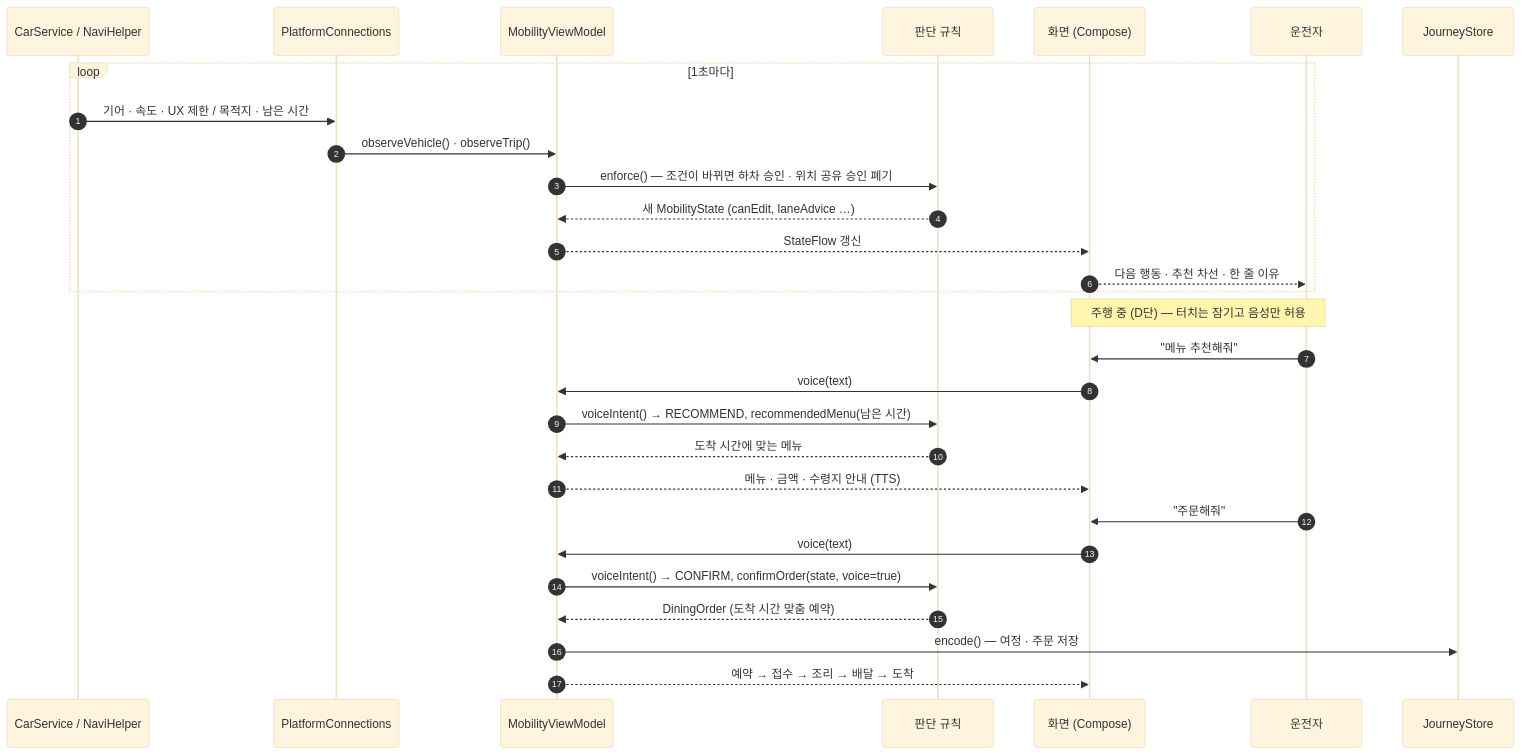
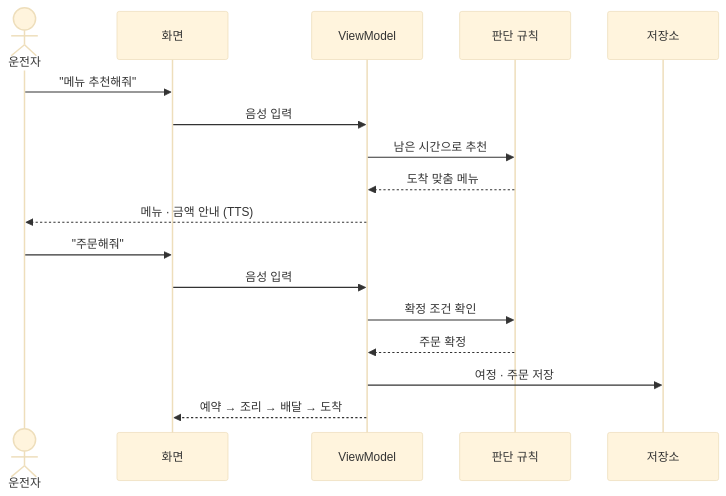
One commit to leechanghwanspace/Pleos-CurbLink changed the third of 6 diagrams in README.md. Above: the diagram before and after it, drawn with Mermaid (base theme). The commit also changed other lines of this file and 1 other file, not shown here.

First line of the commit message:
update: README·구조 문서 다이어그램 레이아웃 정리

````diff
--- a/README.md
+++ b/README.md
@@ -175,33 +190,19 @@
 ```mermaid
 sequenceDiagram
-  autonumber
-  participant CS as CarService / NaviHelper
-  participant PC as PlatformConnections
-  participant VM as MobilityViewModel
+  actor D as 운전자
+  participant UI as 화면
+  participant VM as ViewModel
   participant R as 판단 규칙
-  participant UI as 화면 (Compose)
-  participant D as 운전자
-  participant ST as JourneyStore
-
-  loop 1초마다
-    CS->>PC: 기어 · 속도 · UX 제한 / 목적지 · 남은 시간
-    PC->>VM: observeVehicle() · observeTrip()
-    VM->>R: enforce() — 조건이 바뀌면 하차 승인 · 위치 공유 승인 폐기
-    R-->>VM: 새 MobilityState (canEdit, laneAdvice …)
-    VM-->>UI: StateFlow 갱신
-    UI-->>D: 다음 행동 · 추천 차선 · 한 줄 이유
-  end
-
-  Note over D,UI: 주행 중 (D단) — 터치는 잠기고 음성만 허용
+  participant ST as 저장소
   D->>UI: "메뉴 추천해줘"
-  UI->>VM: voice(text)
-  VM->>R: voiceIntent() → RECOMMEND, recommendedMenu(남은 시간)
-  R-->>VM: 도착 시간에 맞는 메뉴
-  VM-->>UI: 메뉴 · 금액 · 수령지 안내 (TTS)
+  UI->>VM: 음성 입력
+  VM->>R: 남은 시간으로 추천
+  R-->>VM: 도착 맞춤 메뉴
+  VM-->>D: 메뉴 · 금액 안내 (TTS)
   D->>UI: "주문해줘"
-  UI->>VM: voice(text)
-  VM->>R: voiceIntent() → CONFIRM, confirmOrder(state, voice=true)
-  R-->>VM: DiningOrder (도착 시간 맞춤 예약)
-  VM->>ST: encode() — 여정 · 주문 저장
-  VM-->>UI: 예약 → 접수 → 조리 → 배달 → 도착
+  UI->>VM: 음성 입력
+  VM->>R: 확정 조건 확인
+  R-->>VM: 주문 확정
+  VM->>ST: 여정 · 주문 저장
+  VM-->>UI: 예약 → 조리 → 배달 → 도착
 ```
````
